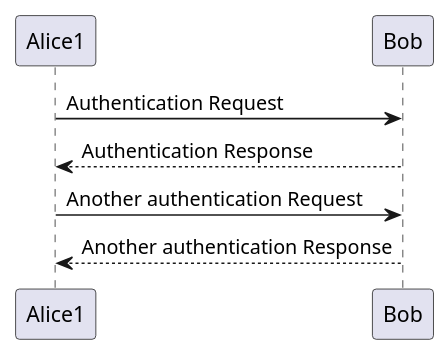
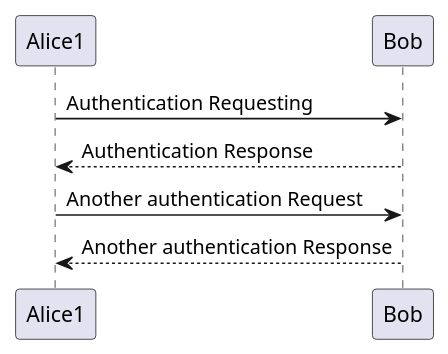
The diagram in diagrams/test1.puml (VamshiAnumolu/plant-uml-action), drawn with PlantUML before and after one commit.

```diff
--- a/diagrams/test1.puml
+++ b/diagrams/test1.puml
@@ -1,7 +1,7 @@
 @startuml
-Alice1 -> Bob: Authentication Request
+Alice1 -> Bob: Authentication Requesting
 Bob --> Alice1: Authentication Response
 
 Alice1 -> Bob: Another authentication Request
 Alice1 <-- Bob: Another authentication Response
 @enduml
```
